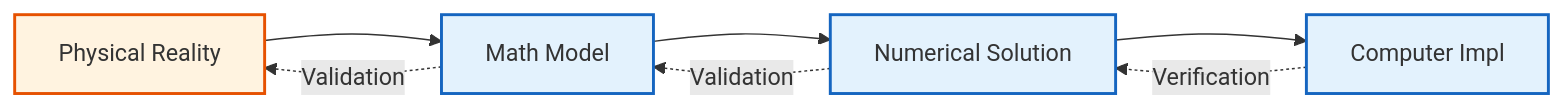
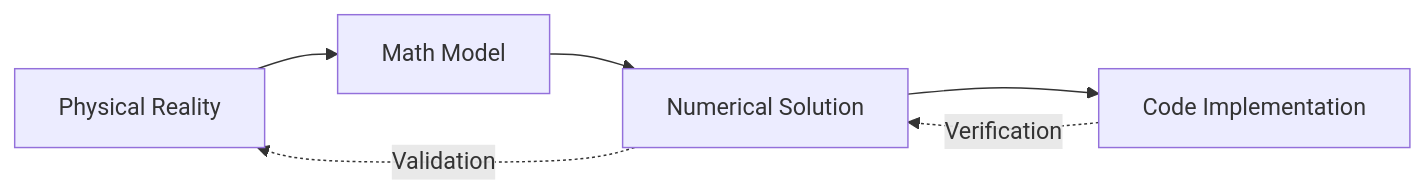
Before and after one commit to wramet/build-my-cfd: the diagram in MODULE_03_SINGLE_PHASE_FLOW/CONTENT/06_VALIDATION_AND_VERIFICATION/01_V_and_V_Principles.md, drawn with Mermaid. The commit also changed other lines of this file and 384 other files, not shown here.

````diff
--- a/MODULE_03_SINGLE_PHASE_FLOW/CONTENT/06_VALIDATION_AND_VERIFICATION/01_V_and_V_Principles.md
+++ b/MODULE_03_SINGLE_PHASE_FLOW/CONTENT/06_VALIDATION_AND_VERIFICATION/01_V_and_V_Principles.md
@@ -36,15 +14,8 @@
 ```mermaid
 flowchart LR
-%% Classes
-classDef explicit fill:#fff3e0,stroke:#e65100,stroke-width:2px;
-classDef implicit fill:#e3f2fd,stroke:#1565c0,stroke-width:2px;
-classDef context fill:#f5f5f5,stroke:#9e9e9e,stroke-width:1px,color:#757575;
-%% Nodes
-A[Physical Reality]:::explicit --> B[Math Model]:::implicit
-B --> C[Numerical Solution]:::implicit
-C --> D[Computer Impl]:::implicit
-
-D -.->|Verification| C
-C -.->|Validation| B
-B -.->|Validation| A
+    A[Physical Reality] --> B[Math Model]
+    B --> C[Numerical Solution]
+    C --> D[Code Implementation]
+    D -.->|Verification| C
+    C -.->|Validation| A
 ```
````
